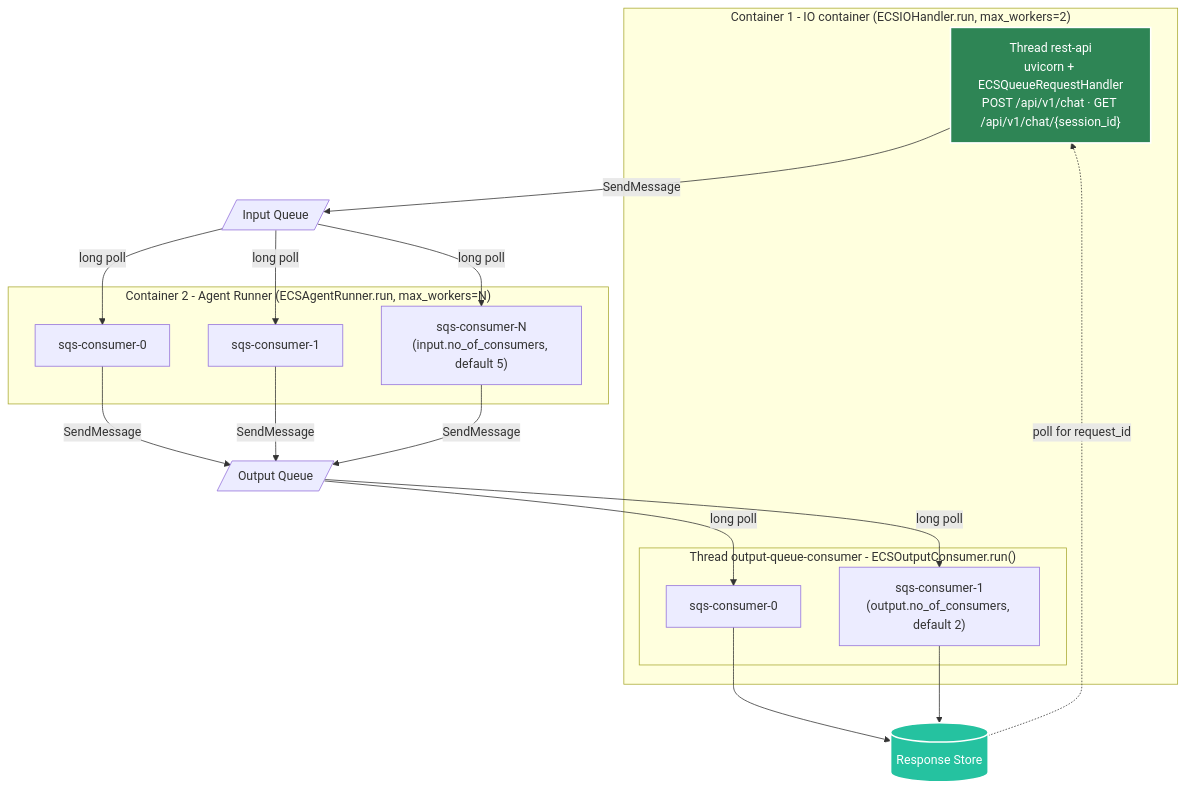
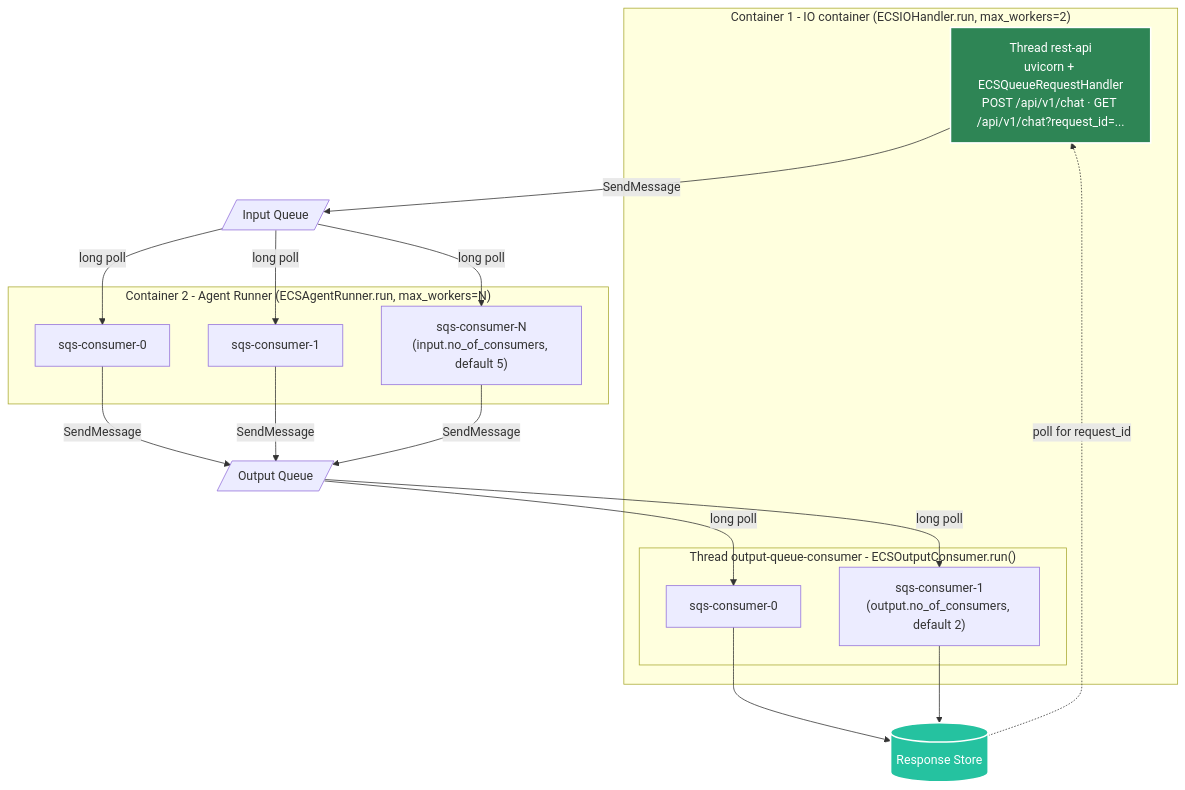
The third of 5 diagrams in docs/docs/deployment/aws-containerized.md (yaalalabs/agent-kernel), drawn with Mermaid before and after one commit. The commit also changed other lines of this file and 9 other files, not shown here.

````diff
--- a/docs/docs/deployment/aws-containerized.md
+++ b/docs/docs/deployment/aws-containerized.md
@@ -96,32 +97,32 @@
 ```mermaid
 graph TB
     subgraph IO["Container 1 - IO container (ECSIOHandler.run, max_workers=2)"]
-        T1["Thread rest-api<br/>uvicorn + ECSQueueRequestHandler<br/>POST /api/v1/chat · GET /api/v1/chat/{session_id}"]
+        T1["Thread rest-api<br/>uvicorn + ECSQueueRequestHandler<br/>POST /api/v1/chat · GET /api/v1/chat?request_id=..."]
         subgraph OC["Thread output-queue-consumer - ECSOutputConsumer.run()"]
             OC1[sqs-consumer-0]
             OC2["sqs-consumer-1<br/>(output.no_of_consumers, default 2)"]
         end
     end
 
     subgraph AR["Container 2 - Agent Runner (ECSAgentRunner.run, max_workers=N)"]
         AR1[sqs-consumer-0]
         AR2[sqs-consumer-1]
         AR3["sqs-consumer-N<br/>(input.no_of_consumers, default 5)"]
     end
 
     T1 -->|SendMessage| IQ[/Input Queue/]
     IQ -->|long poll| AR1
     IQ -->|long poll| AR2
     IQ -->|long poll| AR3
     AR1 -->|SendMessage| OQ[/Output Queue/]
     AR2 -->|SendMessage| OQ
     AR3 -->|SendMessage| OQ
     OQ -->|long poll| OC1
     OQ -->|long poll| OC2
     OC1 --> RS[(Response Store)]
     OC2 --> RS
     RS -.->|poll for request_id| T1
 
     style T1 fill:#2e8555,stroke:#fff,stroke-width:2px,color:#fff
     style RS fill:#25c2a0,stroke:#fff,stroke-width:2px,color:#fff
 ```
````
